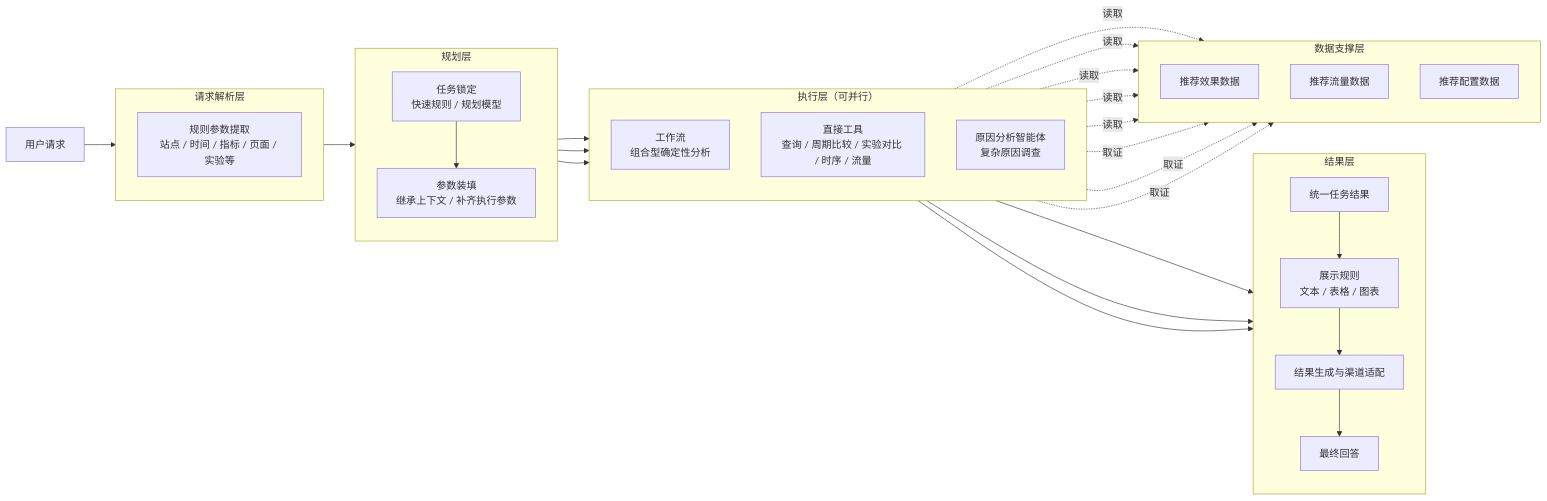
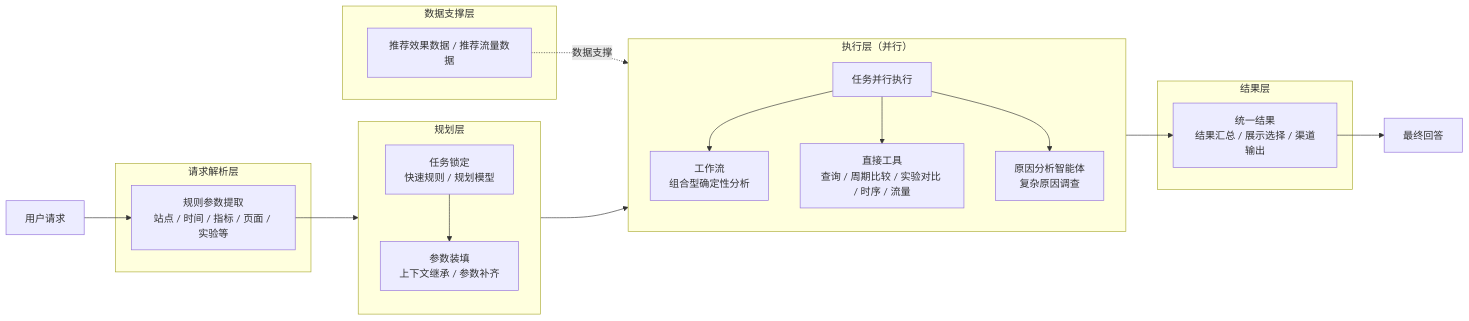
The second of 2 diagrams in weekly-report/agent-comparison.md (sgfd-ui/internship), drawn with Mermaid before and after one commit. The commit also changed other lines of this file, not shown here.

Commit message:
docs: simplify architecture comparison and business rationale

````diff
--- a/weekly-report/agent-comparison.md
+++ b/weekly-report/agent-comparison.md
@@ -70,57 +61,38 @@
 ```mermaid
 flowchart LR
     U[用户请求]
 
     subgraph Q[请求解析层]
-        direction TB
         Q1[规则参数提取<br/>站点 / 时间 / 指标 / 页面 / 实验等]
     end
 
     subgraph P[规划层]
         direction TB
         P1[任务锁定<br/>快速规则 / 规划模型]
-        P2[参数装填<br/>继承上下文 / 补齐执行参数]
+        P2[参数装填<br/>上下文继承 / 参数补齐]
         P1 --> P2
     end
 
-    subgraph E[执行层（可并行）]
+    subgraph E[执行层（并行）]
         direction TB
+        E0[任务并行执行]
         E1[工作流<br/>组合型确定性分析]
         E2[直接工具<br/>查询 / 周期比较 / 实验对比 / 时序 / 流量]
         E3[原因分析智能体<br/>复杂原因调查]
+        E0 --> E1
+        E0 --> E2
+        E0 --> E3
     end
 
     subgraph R[结果层]
-        direction TB
-        R1[统一任务结果]
-        R2[展示规则<br/>文本 / 表格 / 图表]
-        R3[结果生成与渠道适配]
-        F[最终回答]
-        R1 --> R2 --> R3 --> F
+        R1[统一结果<br/>结果汇总 / 展示选择 / 渠道输出]
     end
 
     subgraph D[数据支撑层]
-        direction TB
-        D1[推荐效果数据]
-        D2[推荐流量数据]
-        D3[推荐配置数据]
+        D1[推荐效果数据 / 推荐流量数据]
     end
 
     U --> Q1 --> P1
-    P2 --> E1
-    P2 --> E2
-    P2 --> E3
-
-    E1 --> R1
-    E2 --> R1
-    E3 --> R1
-
-    E1 -.读取.-> D1
-    E1 -.读取.-> D3
-    E2 -.读取.-> D1
-    E2 -.读取.-> D2
-    E2 -.读取.-> D3
-    E3 -.取证.-> D1
-    E3 -.取证.-> D2
-    E3 -.取证.-> D3
+    P2 --> E0 --> R1 --> F[最终回答]
+    D1 -.数据支撑.-> E0
 ```
````
